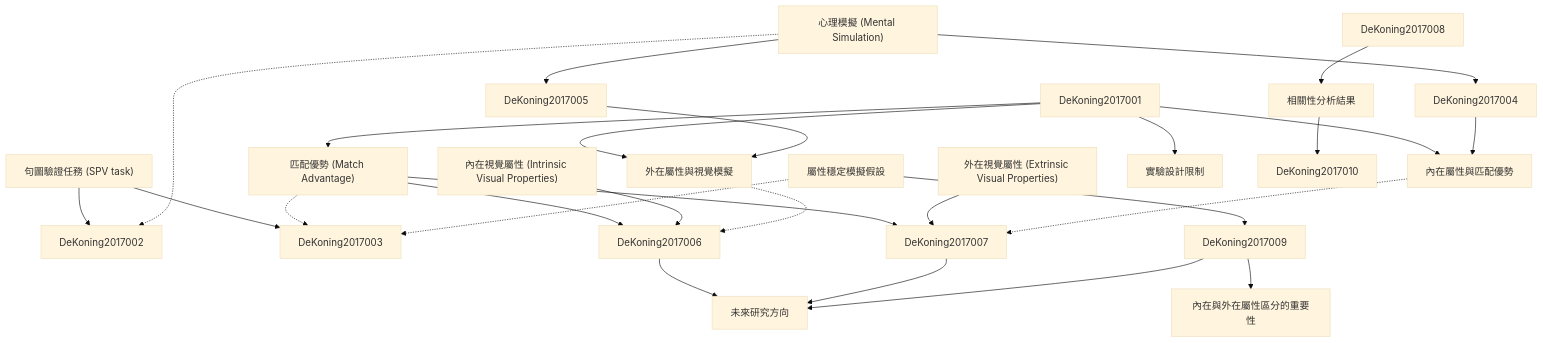
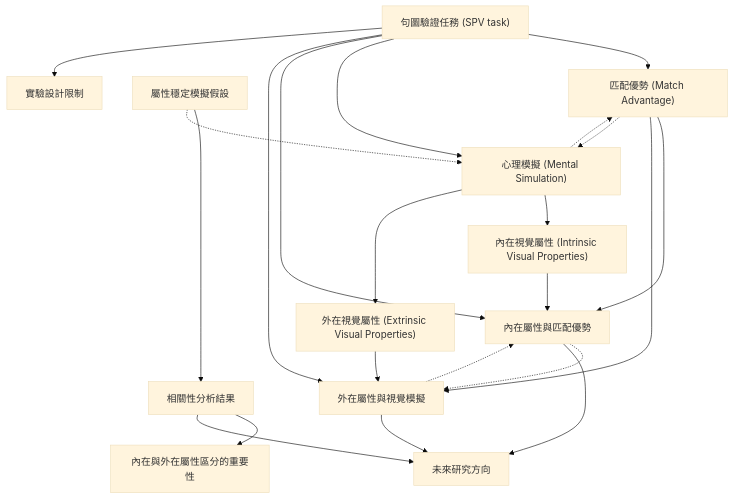
One commit to SCgeeker/Claude_Journal_Club_Agents changed the diagram in output/zettelkasten_notes/zettel_DeKoning-2017_20251104/zettel_index.md. Above: the diagram before and after it, drawn with Mermaid (base theme). The commit also changed 776 other files, not shown here.

````diff
--- a/output/zettelkasten_notes/zettel_DeKoning-2017_20251104/zettel_index.md
+++ b/output/zettelkasten_notes/zettel_DeKoning-2017_20251104/zettel_index.md
@@ -92,80 +92,75 @@
 ```mermaid
 graph TD
 
     DeKoning-2017-001["句圖驗證任務 (SPV task)"]
 
     DeKoning-2017-002["匹配優勢 (Match Advantage)"]
 
     DeKoning-2017-003["心理模擬 (Mental Simulation)"]
 
     DeKoning-2017-004["內在視覺屬性 (Intrinsic Visual Properties)"]
 
     DeKoning-2017-005["外在視覺屬性 (Extrinsic Visual Properties)"]
 
     DeKoning-2017-006["內在屬性與匹配優勢"]
 
     DeKoning-2017-007["外在屬性與視覺模擬"]
 
     DeKoning-2017-008["屬性穩定模擬假設"]
 
     DeKoning-2017-009["相關性分析結果"]
 
     DeKoning-2017-010["內在與外在屬性區分的重要性"]
 
     DeKoning-2017-011["實驗設計限制"]
 
     DeKoning-2017-012["未來研究方向"]
 
-    DeKoning-2017-001 --> DeKoning2017002
+    DeKoning-2017-001 --> DeKoning-2017-002
 
-    DeKoning-2017-001 --> DeKoning2017003
+    DeKoning-2017-001 --> DeKoning-2017-003
 
-    DeKoning2017001 --> DeKoning-2017-002
 
-    DeKoning-2017-002 --> DeKoning2017006
+    DeKoning-2017-002 --> DeKoning-2017-006
 
-    DeKoning-2017-002 --> DeKoning2017007
+    DeKoning-2017-002 --> DeKoning-2017-007
 
-    DeKoning-2017-002 -.-> DeKoning2017003
+    DeKoning-2017-002 -.-> DeKoning-2017-003
 
-    DeKoning-2017-003 --> DeKoning2017004
+    DeKoning-2017-003 --> DeKoning-2017-004
 
-    DeKoning-2017-003 --> DeKoning2017005
+    DeKoning-2017-003 --> DeKoning-2017-005
 
-    DeKoning-2017-003 -.-> DeKoning2017002
+    DeKoning-2017-003 -.-> DeKoning-2017-002
 
-    DeKoning-2017-004 --> DeKoning2017006
+    DeKoning-2017-004 --> DeKoning-2017-006
 
-    DeKoning-2017-005 --> DeKoning2017007
+    DeKoning-2017-005 --> DeKoning-2017-007
 
-    DeKoning2017001 --> DeKoning-2017-006
+    DeKoning-2017-001 --> DeKoning-2017-006
 
-    DeKoning2017004 --> DeKoning-2017-006
 
-    DeKoning-2017-006 -.-> DeKoning2017007
+    DeKoning-2017-006 -.-> DeKoning-2017-007
 
-    DeKoning2017001 --> DeKoning-2017-007
+    DeKoning-2017-001 --> DeKoning-2017-007
 
-    DeKoning2017005 --> DeKoning-2017-007
 
-    DeKoning-2017-007 -.-> DeKoning2017006
+    DeKoning-2017-007 -.-> DeKoning-2017-006
 
-    DeKoning-2017-008 --> DeKoning2017009
+    DeKoning-2017-008 --> DeKoning-2017-009
 
-    DeKoning-2017-008 -.-> DeKoning2017003
+    DeKoning-2017-008 -.-> DeKoning-2017-003
 
-    DeKoning2017008 --> DeKoning-2017-009
 
-    DeKoning-2017-009 --> DeKoning2017010
+    DeKoning-2017-009 --> DeKoning-2017-010
 
-    DeKoning2017009 --> DeKoning-2017-010
 
-    DeKoning2017001 --> DeKoning-2017-011
+    DeKoning-2017-001 --> DeKoning-2017-011
 
-    DeKoning2017006 --> DeKoning-2017-012
+    DeKoning-2017-006 --> DeKoning-2017-012
 
-    DeKoning2017007 --> DeKoning-2017-012
+    DeKoning-2017-007 --> DeKoning-2017-012
 
-    DeKoning2017009 --> DeKoning-2017-012
+    DeKoning-2017-009 --> DeKoning-2017-012
 
 ```
````
